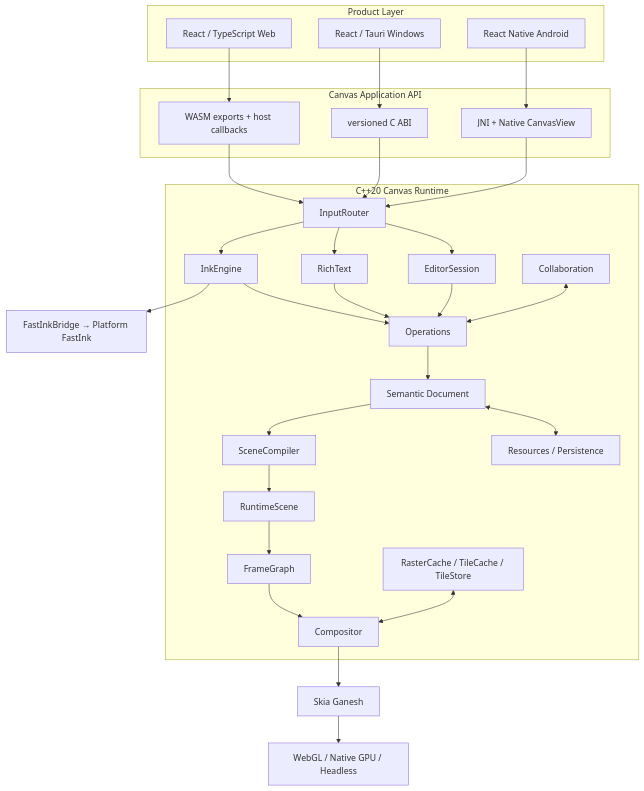
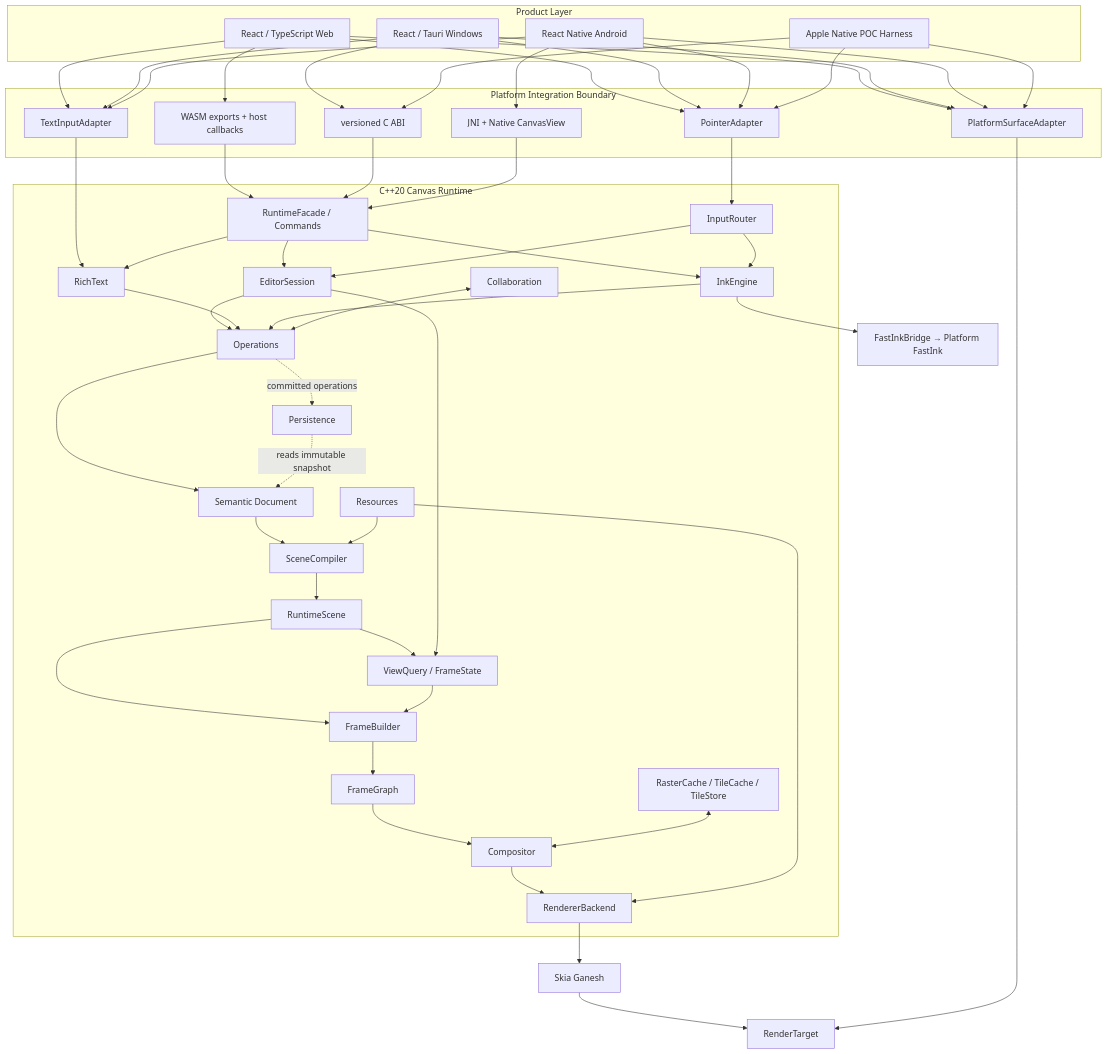
Before and after one commit to Mostorm-Labs/Axiom: the first of 2 diagrams in docs/architecture/SYSTEM_ARCHITECTURE.md, drawn with Mermaid. The commit also changed other lines of this file and 7 other files, not shown here.

Commit message:
docs: clarify runtime architecture boundaries

````diff
--- a/docs/architecture/SYSTEM_ARCHITECTURE.md
+++ b/docs/architecture/SYSTEM_ARCHITECTURE.md
@@ -12,15 +12,20 @@
     ReactWeb["React / TypeScript Web"]
     Tauri["React / Tauri Windows"]
     RN["React Native Android"]
+    Apple["Apple Native POC Harness"]
   end
 
-  subgraph Bridge["Canvas Application API"]
+  subgraph Bridge["Platform Integration Boundary"]
     Wasm["WASM exports + host callbacks"]
     CAbi["versioned C ABI"]
     Jni["JNI + Native CanvasView"]
+    Pointer["PointerAdapter"]
+    TextInput["TextInputAdapter"]
+    SurfaceAdapter["PlatformSurfaceAdapter"]
   end
 
   subgraph Core["C++20 Canvas Runtime"]
+    Facade["RuntimeFacade / Commands"]
     Input["InputRouter"]
     Editor["EditorSession"]
     Text["RichText"]
@@ -29,38 +34,67 @@
     Doc["Semantic Document"]
     Compiler["SceneCompiler"]
     Scene["RuntimeScene"]
+    ViewState["ViewQuery / FrameState"]
+    FrameBuilder["FrameBuilder"]
     Frame["FrameGraph"]
     Compositor["Compositor"]
+    Renderer["RendererBackend"]
     Cache["RasterCache / TileCache / TileStore"]
-    Resources["Resources / Persistence"]
+    Resources["Resources"]
+    Persistence["Persistence"]
     Collab["Collaboration"]
   end
 
   Ganesh["Skia Ganesh"]
-  Surface["WebGL / Native GPU / Headless"]
+  Target["RenderTarget"]
   FastInk["FastInkBridge → Platform FastInk"]
 
   ReactWeb --> Wasm
   Tauri --> CAbi
   RN --> Jni
-  Wasm --> Input
-  CAbi --> Input
-  Jni --> Input
+  Apple --> CAbi
+  ReactWeb --> Pointer
+  Tauri --> Pointer
+  RN --> Pointer
+  Apple --> Pointer
+  ReactWeb --> TextInput
+  Tauri --> TextInput
+  RN --> TextInput
+  ReactWeb --> SurfaceAdapter
+  Tauri --> SurfaceAdapter
+  RN --> SurfaceAdapter
+  Apple --> SurfaceAdapter
+  Wasm --> Facade
+  CAbi --> Facade
+  Jni --> Facade
+  Pointer --> Input
+  TextInput --> Text
+  Facade --> Editor
+  Facade --> Text
+  Facade --> Ink
   Input --> Editor
-  Input --> Text
   Input --> Ink
   Editor --> Ops
   Text --> Ops
   Ink --> Ops
   Ops --> Doc
   Collab <--> Ops
-  Doc <--> Resources
   Doc --> Compiler
   Compiler --> Scene
-  Scene --> Frame
+  Scene --> ViewState
+  Editor --> ViewState
+  Scene --> FrameBuilder
+  ViewState --> FrameBuilder
+  FrameBuilder --> Frame
   Frame --> Compositor
   Cache <--> Compositor
-  Compositor --> Ganesh
-  Ganesh --> Surface
+  Compositor --> Renderer
+  Renderer --> Ganesh
+  Ganesh --> Target
+  SurfaceAdapter --> Target
+  Resources --> Compiler
+  Resources --> Renderer
+  Persistence -.->|reads immutable snapshot| Doc
+  Ops -.->|committed operations| Persistence
   Ink --> FastInk
 ```
````
